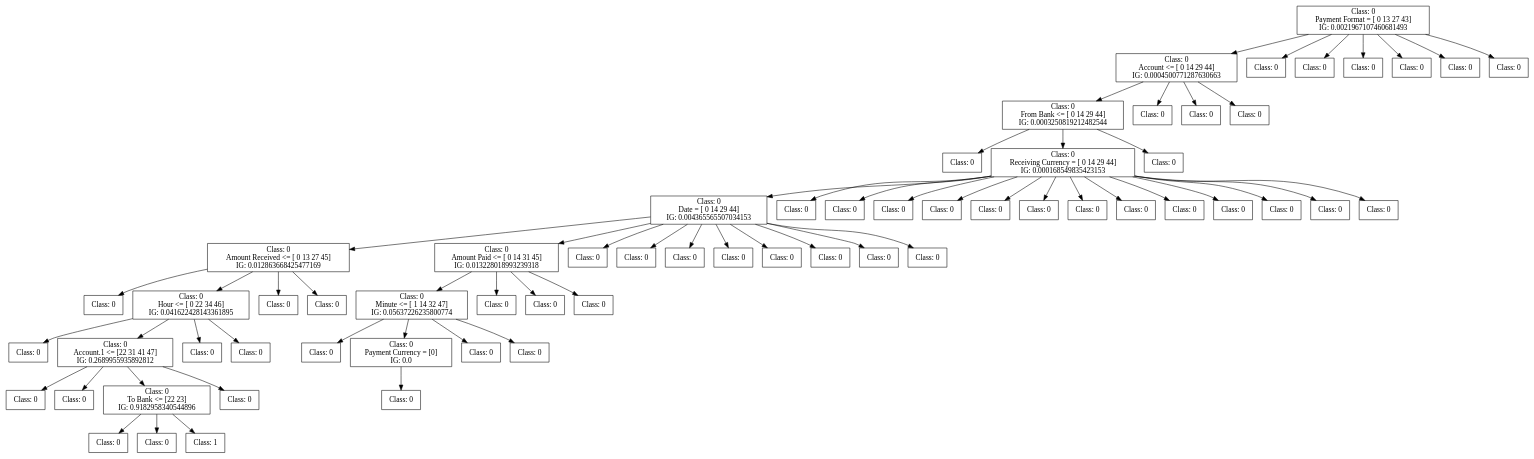
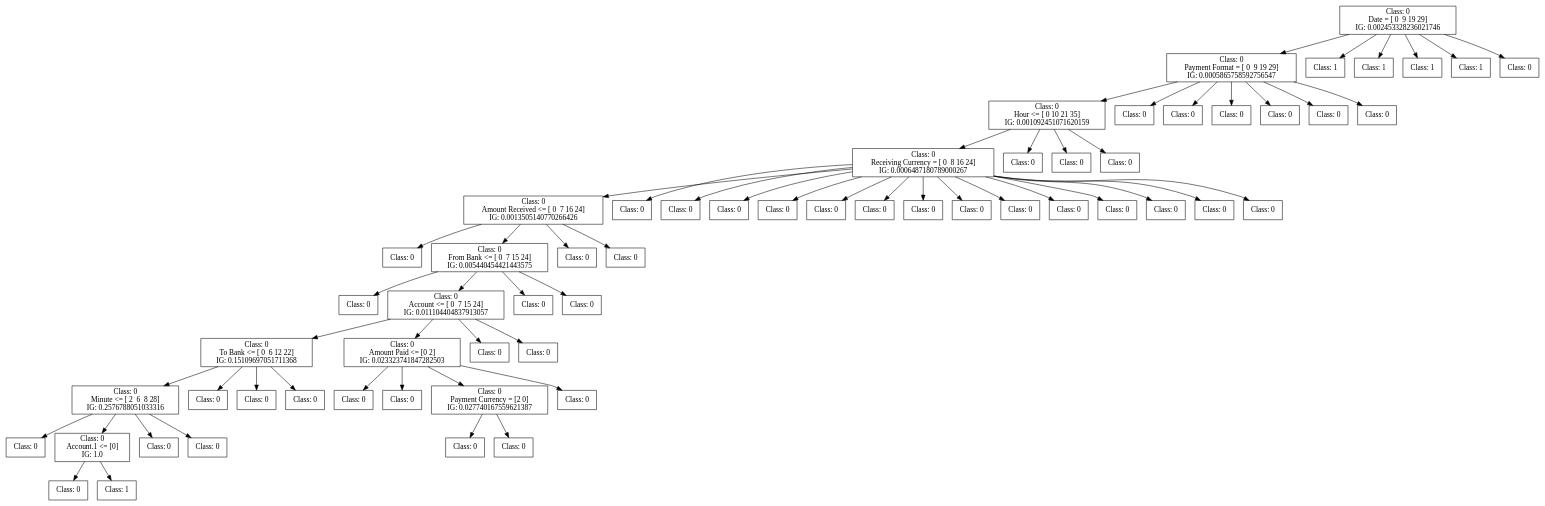
The diagram in dot_figs/tree-id3-wo_preprocessing-4.dot (FedericoBruzzone/anti-money-laundering), drawn with Graphviz before and after one commit. The commit also changed 18 other files, not shown here.

```diff
--- a/dot_figs/tree-id3-wo_preprocessing-4.dot
+++ b/dot_figs/tree-id3-wo_preprocessing-4.dot
@@ -1,204 +1,198 @@
 digraph DecisionTree {
 	rankdir=TD;
 	node [shape=box];
-	1903594355776 [label="Class: 0
-Payment Format = [ 0 13 27 43]
-IG: 0.0021967107460681493"];
-	1901316559232 [label="Class: 0
-Account <= [ 0 14 29 44]
-IG: 0.0004500771287630663"];
-	1903594355776 -> 1901316559232;
-	1901316560384 [label="Class: 0
-From Bank <= [ 0 14 29 44]
-IG: 0.0003250819212482544"];
-	1901316559232 -> 1901316560384;
-	1901316560912 [label="Class: 0
+	1585552676688 [label="Class: 0
+Date = [ 0  9 19 29]
+IG: 0.002453328236021746"];
+	1585547145088 [label="Class: 0
+Payment Format = [ 0  9 19 29]
+IG: 0.0005865758592756547"];
+	1585552676688 -> 1585547145088;
+	1585547177616 [label="Class: 0
+Hour <= [ 0 10 21 35]
+IG: 0.001092451071620159"];
+	1585547145088 -> 1585547177616;
+	1585547178912 [label="Class: 0
+Receiving Currency = [ 0  8 16 24]
+IG: 0.0006487180789000267"];
+	1585547177616 -> 1585547178912;
+	1585547177856 [label="Class: 0
+Amount Received <= [ 0  7 16 24]
+IG: 0.0013505140770266426"];
+	1585547178912 -> 1585547177856;
+	1585547173728 [label="Class: 0
 "];
-	1901316560384 -> 1901316560912;
-	1901316561104 [label="Class: 0
-Receiving Currency = [ 0 14 29 44]
-IG: 0.000168549835423153"];
-	1901316560384 -> 1901316561104;
-	1901316558032 [label="Class: 0
-Date = [ 0 14 29 44]
-IG: 0.004365565507034153"];
-	1901316561104 -> 1901316558032;
-	1901316561920 [label="Class: 0
-Amount Received <= [ 0 13 27 45]
-IG: 0.012863668425477169"];
-	1901316558032 -> 1901316561920;
-	1901316563312 [label="Class: 0
+	1585547177856 -> 1585547173728;
+	1585547179824 [label="Class: 0
+From Bank <= [ 0  7 15 24]
+IG: 0.005440454421443575"];
+	1585547177856 -> 1585547179824;
+	1585547172192 [label="Class: 0
 "];
-	1901316561920 -> 1901316563312;
-	1901316561776 [label="Class: 0
-Hour <= [ 0 22 34 46]
-IG: 0.041622428143361895"];
-	1901316561920 -> 1901316561776;
-	1901316564176 [label="Class: 0
+	1585547179824 -> 1585547172192;
+	1585547177088 [label="Class: 0
+Account <= [ 0  7 15 24]
+IG: 0.011104404837913057"];
+	1585547179824 -> 1585547177088;
+	1585547247472 [label="Class: 0
+To Bank <= [ 0  6 12 22]
+IG: 0.15109697051711368"];
+	1585547177088 -> 1585547247472;
+	1585547246560 [label="Class: 0
+Minute <= [ 2  6  8 28]
+IG: 0.2576788051033316"];
+	1585547247472 -> 1585547246560;
+	1585547246224 [label="Class: 0
 "];
-	1901316561776 -> 1901316564176;
-	1901316563600 [label="Class: 0
-Account.1 <= [22 31 41 47]
-IG: 0.2689955935892812"];
-	1901316561776 -> 1901316563600;
-	1901316564992 [label="Class: 0
+	1585547246560 -> 1585547246224;
+	1585547246368 [label="Class: 0
+Account.1 <= [0]
+IG: 1.0"];
+	1585547246560 -> 1585547246368;
+	1585547249984 [label="Class: 0
 "];
-	1901316563600 -> 1901316564992;
-	1901316564416 [label="Class: 0
+	1585547246368 -> 1585547249984;
+	1585547250416 [label="Class: 1
 "];
-	1901316563600 -> 1901316564416;
-	1901316557984 [label="Class: 0
-To Bank <= [22 23]
-IG: 0.9182958340544896"];
-	1901316563600 -> 1901316557984;
-	1901316565520 [label="Class: 0
+	1585547246368 -> 1585547250416;
+	1585547246848 [label="Class: 0
 "];
-	1901316557984 -> 1901316565520;
-	1901316565712 [label="Class: 0
+	1585547246560 -> 1585547246848;
+	1585547245792 [label="Class: 0
 "];
-	1901316557984 -> 1901316565712;
-	1901316564080 [label="Class: 1
+	1585547246560 -> 1585547245792;
+	1585547247376 [label="Class: 0
 "];
-	1901316557984 -> 1901316564080;
-	1901316563888 [label="Class: 0
+	1585547247472 -> 1585547247376;
+	1585547245696 [label="Class: 0
 "];
-	1901316563600 -> 1901316563888;
-	1901316560144 [label="Class: 0
+	1585547247472 -> 1585547245696;
+	1585547233600 [label="Class: 0
 "];
-	1901316561776 -> 1901316560144;
-	1901316563072 [label="Class: 0
+	1585547247472 -> 1585547233600;
+	1585547247424 [label="Class: 0
+Amount Paid <= [0 2]
+IG: 0.023323741847282503"];
+	1585547177088 -> 1585547247424;
+	1585547251184 [label="Class: 0
 "];
-	1901316561776 -> 1901316563072;
-	1901316562688 [label="Class: 0
+	1585547247424 -> 1585547251184;
+	1585547250608 [label="Class: 0
 "];
-	1901316561920 -> 1901316562688;
-	1901316562304 [label="Class: 0
+	1585547247424 -> 1585547250608;
+	1585547249888 [label="Class: 0
+Payment Currency = [2 0]
+IG: 0.027740167559621387"];
+	1585547247424 -> 1585547249888;
+	1585547250992 [label="Class: 0
 "];
-	1901316561920 -> 1901316562304;
-	1901316562112 [label="Class: 0
-Amount Paid <= [ 0 14 31 45]
-IG: 0.013228018993239318"];
-	1901316558032 -> 1901316562112;
-	1901316566528 [label="Class: 0
-Minute <= [ 1 14 32 47]
-IG: 0.05637226235800774"];
-	1901316562112 -> 1901316566528;
-	1901316567392 [label="Class: 0
+	1585547249888 -> 1585547250992;
+	1585547251424 [label="Class: 0
 "];
-	1901316566528 -> 1901316567392;
-	1901316566816 [label="Class: 0
-Payment Currency = [0]
-IG: 0.0"];
-	1901316566528 -> 1901316566816;
-	1901316567248 [label="Class: 0
+	1585547249888 -> 1585547251424;
+	1585547249024 [label="Class: 0
 "];
-	1901316566816 -> 1901316567248;
-	1901316566576 [label="Class: 0
+	1585547247424 -> 1585547249024;
+	1585547245600 [label="Class: 0
 "];
-	1901316566528 -> 1901316566576;
-	1901316566240 [label="Class: 0
+	1585547177088 -> 1585547245600;
+	1585547246416 [label="Class: 0
 "];
-	1901316566528 -> 1901316566240;
-	1901316564320 [label="Class: 0
+	1585547177088 -> 1585547246416;
+	1585547178816 [label="Class: 0
 "];
-	1901316562112 -> 1901316564320;
-	1901316565808 [label="Class: 0
+	1585547179824 -> 1585547178816;
+	1585547173680 [label="Class: 0
 "];
-	1901316562112 -> 1901316565808;
-	1901316563552 [label="Class: 0
+	1585547179824 -> 1585547173680;
+	1585547172480 [label="Class: 0
 "];
-	1901316562112 -> 1901316563552;
-	1901316555776 [label="Class: 0
+	1585547177856 -> 1585547172480;
+	1585547171184 [label="Class: 0
 "];
-	1901316558032 -> 1901316555776;
-	1901316555104 [label="Class: 0
+	1585547177856 -> 1585547171184;
+	1585547175264 [label="Class: 0
 "];
-	1901316558032 -> 1901316555104;
-	1901316556880 [label="Class: 0
+	1585547178912 -> 1585547175264;
+	1585547174064 [label="Class: 0
 "];
-	1901316558032 -> 1901316556880;
-	1901316560048 [label="Class: 0
+	1585547178912 -> 1585547174064;
+	1585547174112 [label="Class: 0
 "];
-	1901316558032 -> 1901316560048;
-	1901316555248 [label="Class: 0
+	1585547178912 -> 1585547174112;
+	1585547177376 [label="Class: 0
 "];
-	1901316558032 -> 1901316555248;
-	1901316557744 [label="Class: 0
+	1585547178912 -> 1585547177376;
+	1585547167728 [label="Class: 0
 "];
-	1901316558032 -> 1901316557744;
-	1901316560528 [label="Class: 0
+	1585547178912 -> 1585547167728;
+	1585547175120 [label="Class: 0
 "];
-	1901316558032 -> 1901316560528;
-	1901316560432 [label="Class: 0
+	1585547178912 -> 1585547175120;
+	1585547173584 [label="Class: 0
 "];
-	1901316558032 -> 1901316560432;
-	1901316555056 [label="Class: 0
+	1585547178912 -> 1585547173584;
+	1585547172960 [label="Class: 0
 "];
-	1901316561104 -> 1901316555056;
-	1901316556832 [label="Class: 0
+	1585547178912 -> 1585547172960;
+	1585547177232 [label="Class: 0
 "];
-	1901316561104 -> 1901316556832;
-	1901316560192 [label="Class: 0
+	1585547178912 -> 1585547177232;
+	1585547178192 [label="Class: 0
 "];
-	1901316561104 -> 1901316560192;
-	1901316558992 [label="Class: 0
+	1585547178912 -> 1585547178192;
+	1585547175744 [label="Class: 0
 "];
-	1901316561104 -> 1901316558992;
-	1901316560336 [label="Class: 0
+	1585547178912 -> 1585547175744;
+	1585547178624 [label="Class: 0
 "];
-	1901316561104 -> 1901316560336;
-	1901316557504 [label="Class: 0
+	1585547178912 -> 1585547178624;
+	1585547175072 [label="Class: 0
 "];
-	1901316561104 -> 1901316557504;
-	1901316560000 [label="Class: 0
+	1585547178912 -> 1585547175072;
+	1585547178576 [label="Class: 0
 "];
-	1901316561104 -> 1901316560000;
-	1901316560096 [label="Class: 0
+	1585547178912 -> 1585547178576;
+	1585547180112 [label="Class: 0
 "];
-	1901316561104 -> 1901316560096;
-	1901316556064 [label="Class: 0
+	1585547177616 -> 1585547180112;
+	1585547173824 [label="Class: 0
 "];
-	1901316561104 -> 1901316556064;
-	1901316561344 [label="Class: 0
+	1585547177616 -> 1585547173824;
+	1585547172624 [label="Class: 0
 "];
-	1901316561104 -> 1901316561344;
-	1901316560960 [label="Class: 0
+	1585547177616 -> 1585547172624;
+	1585547177904 [label="Class: 0
 "];
-	1901316561104 -> 1901316560960;
-	1901316554864 [label="Class: 0
+	1585547145088 -> 1585547177904;
+	1585547173872 [label="Class: 0
 "];
-	1901316561104 -> 1901316554864;
-	1901316560768 [label="Class: 0
+	1585547145088 -> 1585547173872;
+	1585547175168 [label="Class: 0
 "];
-	1901316561104 -> 1901316560768;
-	1901316556256 [label="Class: 0
+	1585547145088 -> 1585547175168;
+	1585547173632 [label="Class: 0
 "];
-	1901316560384 -> 1901316556256;
-	1901316557216 [label="Class: 0
+	1585547145088 -> 1585547173632;
+	1585547174160 [label="Class: 0
 "];
-	1901316559232 -> 1901316557216;
-	1901316557792 [label="Class: 0
+	1585547145088 -> 1585547174160;
+	1585547175504 [label="Class: 0
 "];
-	1901316559232 -> 1901316557792;
-	1901316554816 [label="Class: 0
+	1585547145088 -> 1585547175504;
+	1585547170416 [label="Class: 1
 "];
-	1901316559232 -> 1901316554816;
-	1901316559136 [label="Class: 0
+	1585552676688 -> 1585547170416;
+	1585547171376 [label="Class: 1
 "];
-	1903594355776 -> 1901316559136;
-	1901316555824 [label="Class: 0
+	1585552676688 -> 1585547171376;
+	1585547172336 [label="Class: 1
 "];
-	1903594355776 -> 1901316555824;
-	1901316556688 [label="Class: 0
+	1585552676688 -> 1585547172336;
+	1585547177136 [label="Class: 1
 "];
-	1903594355776 -> 1901316556688;
-	1901316556592 [label="Class: 0
+	1585552676688 -> 1585547177136;
+	1585547173056 [label="Class: 0
 "];
-	1903594355776 -> 1901316556592;
-	1901316555728 [label="Class: 0
-"];
-	1903594355776 -> 1901316555728;
-	1901316556208 [label="Class: 0
-"];
-	1903594355776 -> 1901316556208;
+	1585552676688 -> 1585547173056;
 }
```
